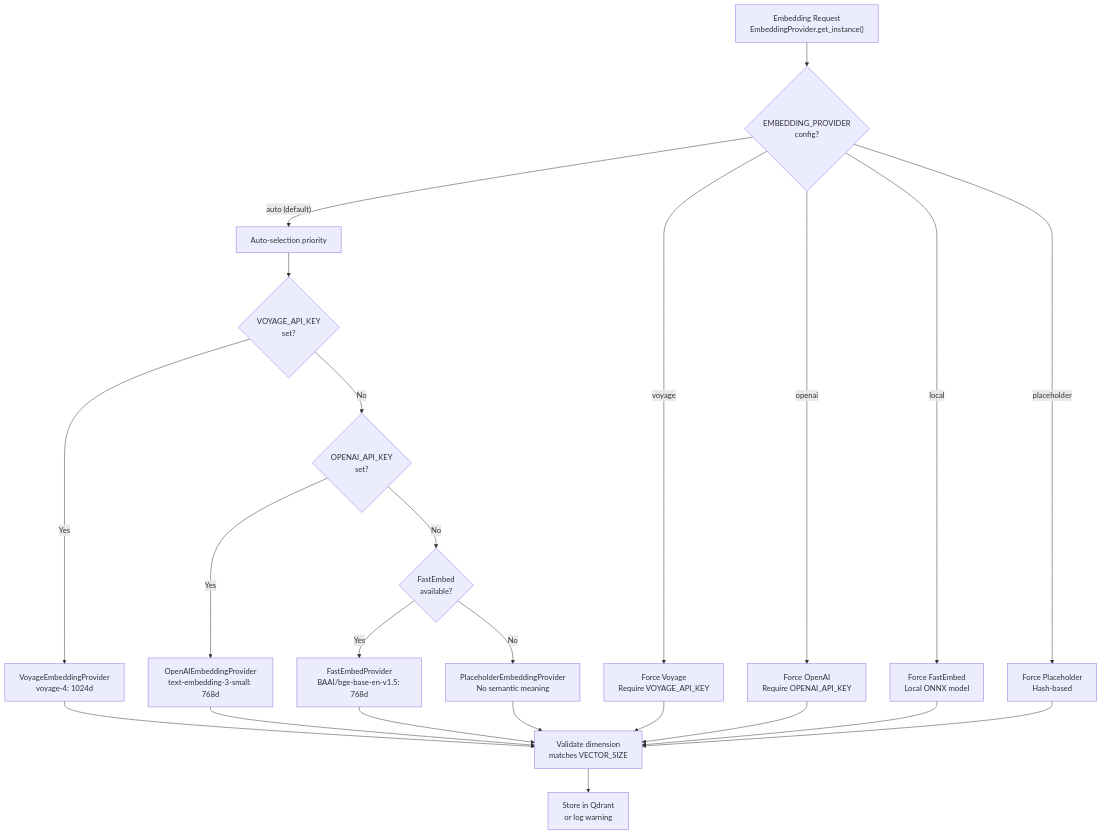
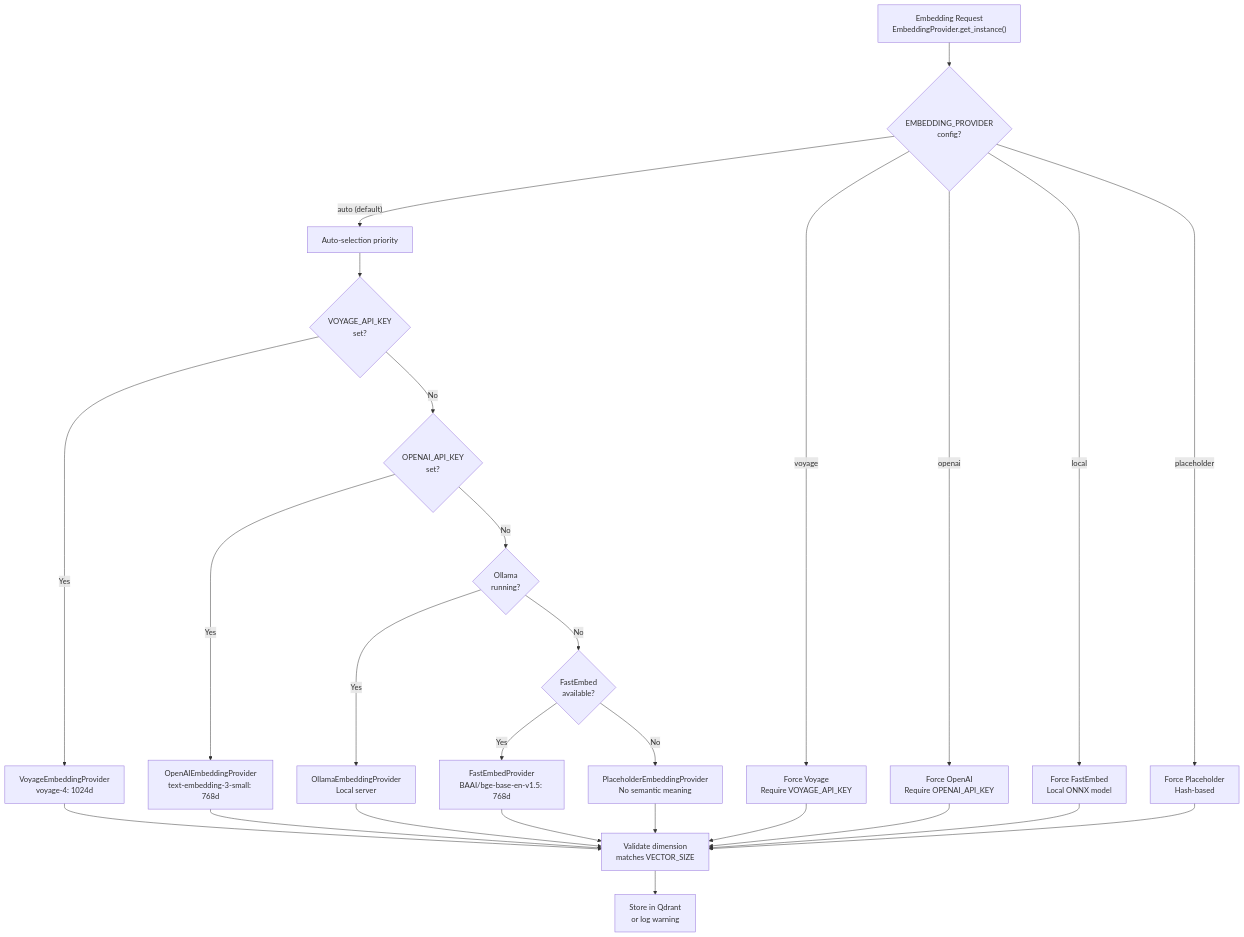
The first of 2 diagrams in src/content/docs/docs/architecture/embeddings.md (verygoodplugins/automem-website), drawn with Mermaid before and after one commit. The commit also changed other lines of this file and 48 other files, not shown here.

````diff
--- a/src/content/docs/docs/architecture/embeddings.md
+++ b/src/content/docs/docs/architecture/embeddings.md
@@ -48,34 +49,38 @@
 ```mermaid
 flowchart TD
     Request["Embedding Request<br/>EmbeddingProvider.get_instance()"]
 
     Request --> CheckConfig{"EMBEDDING_PROVIDER<br/>config?"}
 
     CheckConfig -->|"auto (default)"| Priority["Auto-selection priority"]
     CheckConfig -->|"voyage"| ForceVoyage["Force Voyage<br/>Require VOYAGE_API_KEY"]
     CheckConfig -->|"openai"| ForceOpenAI["Force OpenAI<br/>Require OPENAI_API_KEY"]
     CheckConfig -->|"local"| ForceLocal["Force FastEmbed<br/>Local ONNX model"]
     CheckConfig -->|"placeholder"| ForcePlaceholder["Force Placeholder<br/>Hash-based"]
 
     Priority --> Try1{"VOYAGE_API_KEY<br/>set?"}
     Try1 -->|Yes| Voyage["VoyageEmbeddingProvider<br/>voyage-4: 1024d"]
     Try1 -->|No| Try2{"OPENAI_API_KEY<br/>set?"}
 
     Try2 -->|Yes| OpenAI["OpenAIEmbeddingProvider<br/>text-embedding-3-small: 768d"]
-    Try2 -->|No| Try3{"FastEmbed<br/>available?"}
+    Try2 -->|No| Try3{"Ollama<br/>running?"}
 
-    Try3 -->|Yes| FastEmbed["FastEmbedProvider<br/>BAAI/bge-base-en-v1.5: 768d"]
-    Try3 -->|No| Placeholder["PlaceholderEmbeddingProvider<br/>No semantic meaning"]
+    Try3 -->|Yes| Ollama["OllamaEmbeddingProvider<br/>Local server"]
+    Try3 -->|No| Try4{"FastEmbed<br/>available?"}
+
+    Try4 -->|Yes| FastEmbed["FastEmbedProvider<br/>BAAI/bge-base-en-v1.5: 768d"]
+    Try4 -->|No| Placeholder["PlaceholderEmbeddingProvider<br/>No semantic meaning"]
 
     Voyage --> Validate["Validate dimension<br/>matches VECTOR_SIZE"]
     OpenAI --> Validate
+    Ollama --> Validate
     FastEmbed --> Validate
     Placeholder --> Validate
 
     ForceVoyage --> Validate
     ForceOpenAI --> Validate
     ForceLocal --> Validate
     ForcePlaceholder --> Validate
 
     Validate --> Store["Store in Qdrant<br/>or log warning"]
 ```
````
